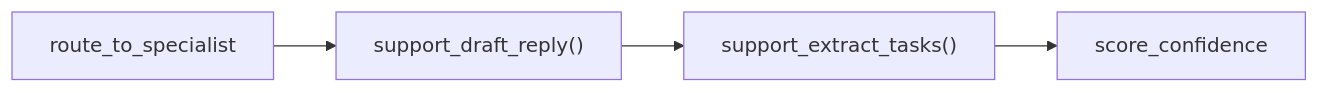
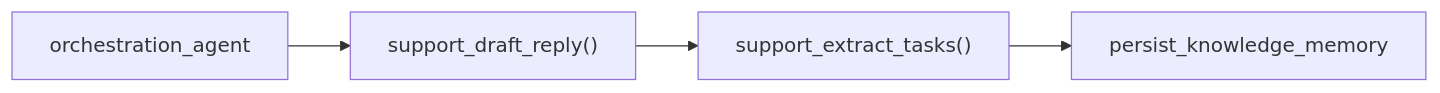
One commit to Samurai493/InboxPilotAI changed the sixth of 10 diagrams in backend/docs/STATE_GRAPHS.md. Above: the diagram before and after it, drawn with Mermaid. The commit also changed other lines of this file and 30 other files, not shown here.

Commit message:
Added Knowledge Graphs, LLM token usage, persistent processed results

````diff
--- a/backend/docs/STATE_GRAPHS.md
+++ b/backend/docs/STATE_GRAPHS.md
@@ -91,6 +94,6 @@
 ```mermaid
 flowchart LR
-    route_to_specialist --> support_draft["support_draft_reply()"]
+    orchestration_agent --> support_draft["support_draft_reply()"]
     support_draft --> support_extract["support_extract_tasks()"]
-    support_extract --> score_confidence
+    support_extract --> persist_knowledge_memory
 ```
````
